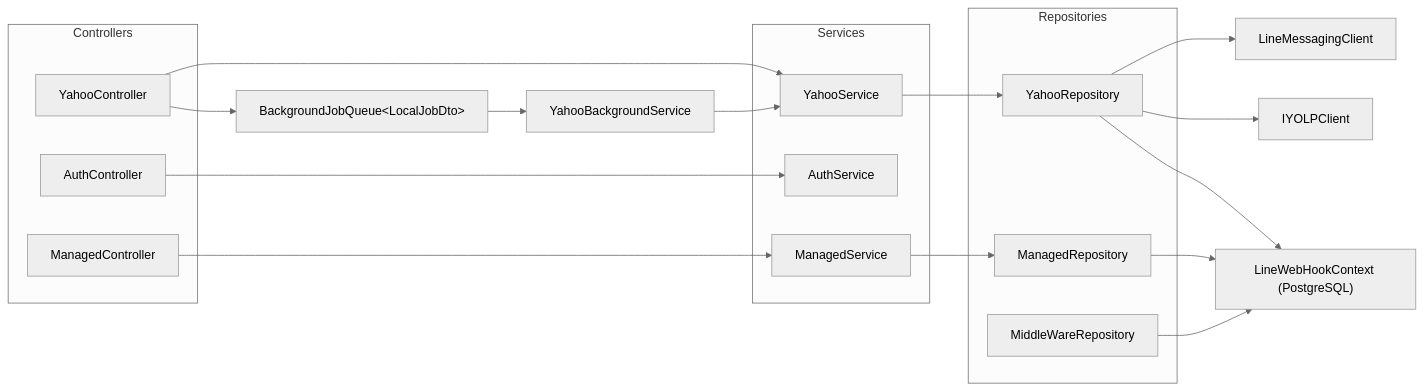
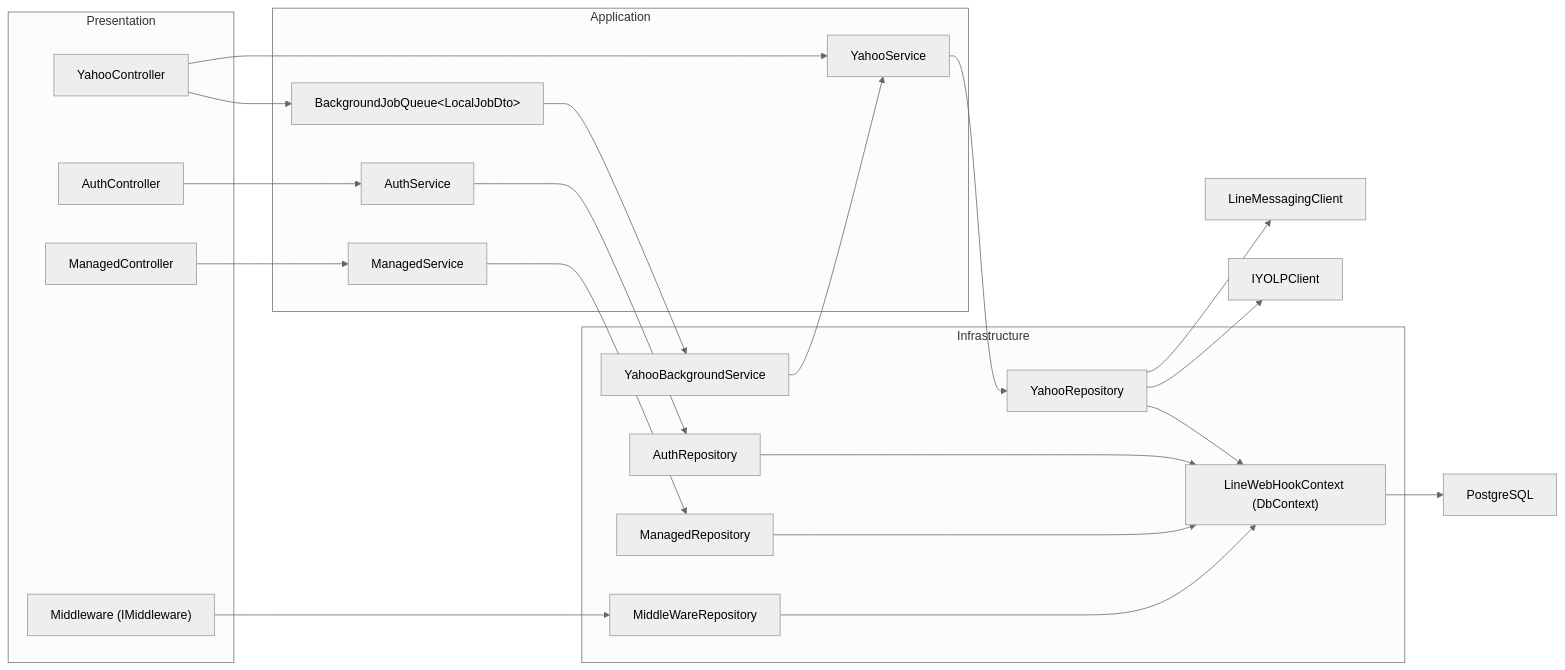
One commit to agts86/G-Searcher changed the second of 4 diagrams in Architect.md. Above: the diagram before and after it, drawn with Mermaid (neutral theme). The commit also changed other lines of this file, not shown here.

Commit message:
feat: アーキテクチャ図を更新し、依存関係を明確化

````diff
--- a/Architect.md
+++ b/Architect.md
@@ -26,40 +30,47 @@
 ```mermaid
 graph LR
-    subgraph Controllers
+    subgraph Presentation
       YahooController["YahooController"]
       AuthController["AuthController"]
       ManagedController["ManagedController"]
+      Middleware["Middleware (IMiddleware)"]
     end
 
-    subgraph Services
+    subgraph Application
       YahooService["YahooService"]
       AuthService["AuthService"]
       ManagedService["ManagedService"]
+      Queue["BackgroundJobQueue&lt;LocalJobDto&gt;"]
     end
 
-    subgraph Repositories
+    subgraph Infrastructure
       YahooRepo["YahooRepository"]
+      AuthRepo["AuthRepository"]
       ManagedRepo["ManagedRepository"]
       MiddlewareRepo["MiddleWareRepository"]
+      Bg["YahooBackgroundService"]
+      DbContext["LineWebHookContext (DbContext)"]
     end
 
-    Queue["BackgroundJobQueue&lt;LocalJobDto&gt;"]
-    Bg["YahooBackgroundService"]
     LineSdk["LineMessagingClient"]
     YOLP["IYOLPClient"]
-    Pg["LineWebHookContext (PostgreSQL)"]
+    Pg["PostgreSQL"]
 
     YahooController --> YahooService --> YahooRepo
     AuthController --> AuthService
+    AuthService --> AuthRepo
     ManagedController --> ManagedService --> ManagedRepo
+    Middleware --> MiddlewareRepo
 
     YahooController --> Queue
     Bg --> YahooService
     Queue --> Bg
 
     YahooRepo --> LineSdk
     YahooRepo --> YOLP
-    YahooRepo --> Pg
-    ManagedRepo --> Pg
-    MiddlewareRepo --> Pg
+    YahooRepo --> DbContext
+    AuthRepo --> DbContext
+    ManagedRepo --> DbContext
+    MiddlewareRepo --> DbContext
+    DbContext --> Pg
 ```
````
